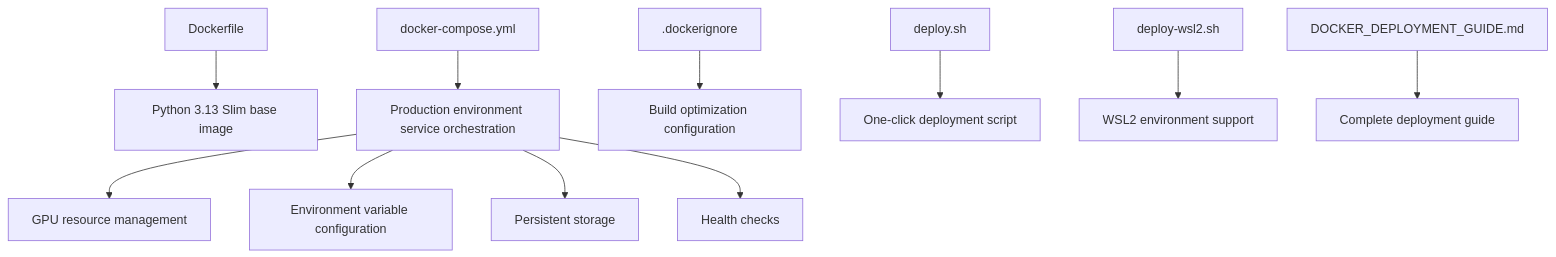
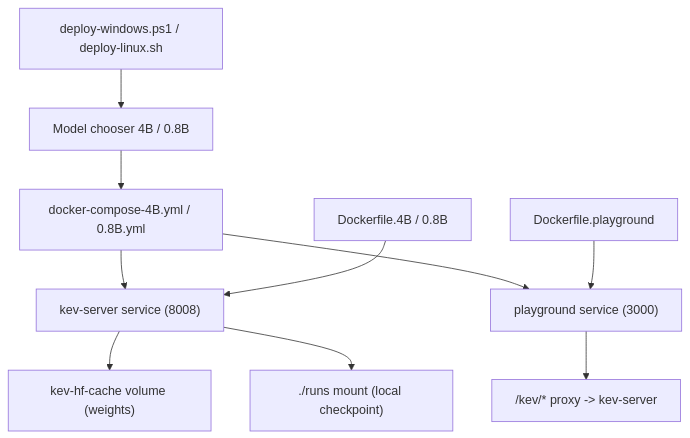
One commit to joezxh/kev changed the first of 5 diagrams in .qoder/repowiki/en/content/Deployment Guide/Containerized Deployment/Containerized Deployment.md. Above: the diagram before and after it, drawn with Mermaid. The commit also changed other lines of this file and 193 other files, not shown here.

````diff
--- a/.qoder/repowiki/en/content/Deployment Guide/Containerized Deployment/Containerized Deployment.md
+++ b/.qoder/repowiki/en/content/Deployment Guide/Containerized Deployment/Containerized Deployment.md
@@ -55,13 +48,12 @@
 ```mermaid
 graph TB
-A["Dockerfile"] --> B["Python 3.13 Slim base image"]
-C["docker-compose.yml"] --> D["Production environment service orchestration"]
-E[".dockerignore"] --> F["Build optimization configuration"]
-G["deploy.sh"] --> H["One-click deployment script"]
-I["deploy-wsl2.sh"] --> J["WSL2 environment support"]
-K["DOCKER_DEPLOYMENT_GUIDE.md"] --> L["Complete deployment guide"]
-D --> M["GPU resource management"]
-D --> N["Environment variable configuration"]
-D --> O["Persistent storage"]
-D --> P["Health checks"]
+A["deploy-windows.ps1 / deploy-linux.sh"] --> B["Model chooser 4B / 0.8B"]
+B --> C["docker-compose-4B.yml / 0.8B.yml"]
+C --> D["kev-server service (8008)"]
+C --> E["playground service (3000)"]
+F["Dockerfile.4B / 0.8B"] --> D
+G["Dockerfile.playground"] --> E
+D --> H["kev-hf-cache volume (weights)"]
+D --> I["./runs mount (local checkpoint)"]
+E --> J["/kev/* proxy -> kev-server"]
 ```
````
